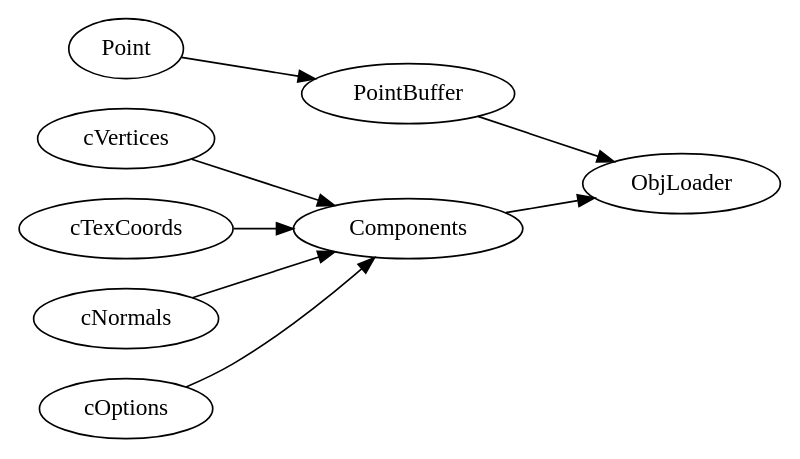
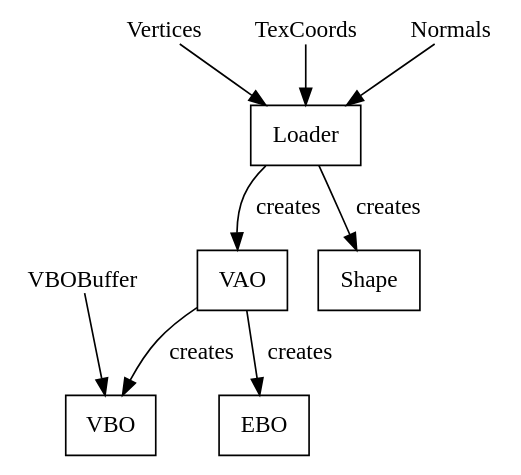
The diagram in docs/TD001_ERD.gv (SebOuellette/oglopp), drawn with Graphviz before and after one commit. The commit also changed 16 other files, not shown here.

Commit message:
Separate VBO,EBO,VAO into their own objects

```diff
--- a/docs/TD001_ERD.gv
+++ b/docs/TD001_ERD.gv
@@ -1,14 +1,26 @@
 // Graphviz dot language
-// TD001_ERD
+// TD001_ERD - Entity Relationship Diagram
 
 digraph G {
-	graph [layout=dot rankdir=LR]
+	graph [layout=dot rankdir=TD]
+	node [shape=box]
+
+	//Loader -> Shape
+	
+	//BufObj -> {VAO EBO VBO} [arrowtail=onormal, dir=back, label="is a"]
+	
+	Loader -> {VAO Shape} [label="creates"]
+	
+	VAO -> {EBO VBO} [label="creates"]
 
 
-	ObjLoader
-	PointBuffer -> ObjLoader
-	Point -> PointBuffer
-	Components -> ObjLoader
+	// Variables/properties
+	node [shape=plain]
+	VBOBuffer -> VBO
+	{Vertices TexCoords Normals} -> Loader
 
-	{cVertices cTexCoords cNormals cOptions} -> Components
+	// Process for classes
+	node [shape=oval]
+
+
 }
```
